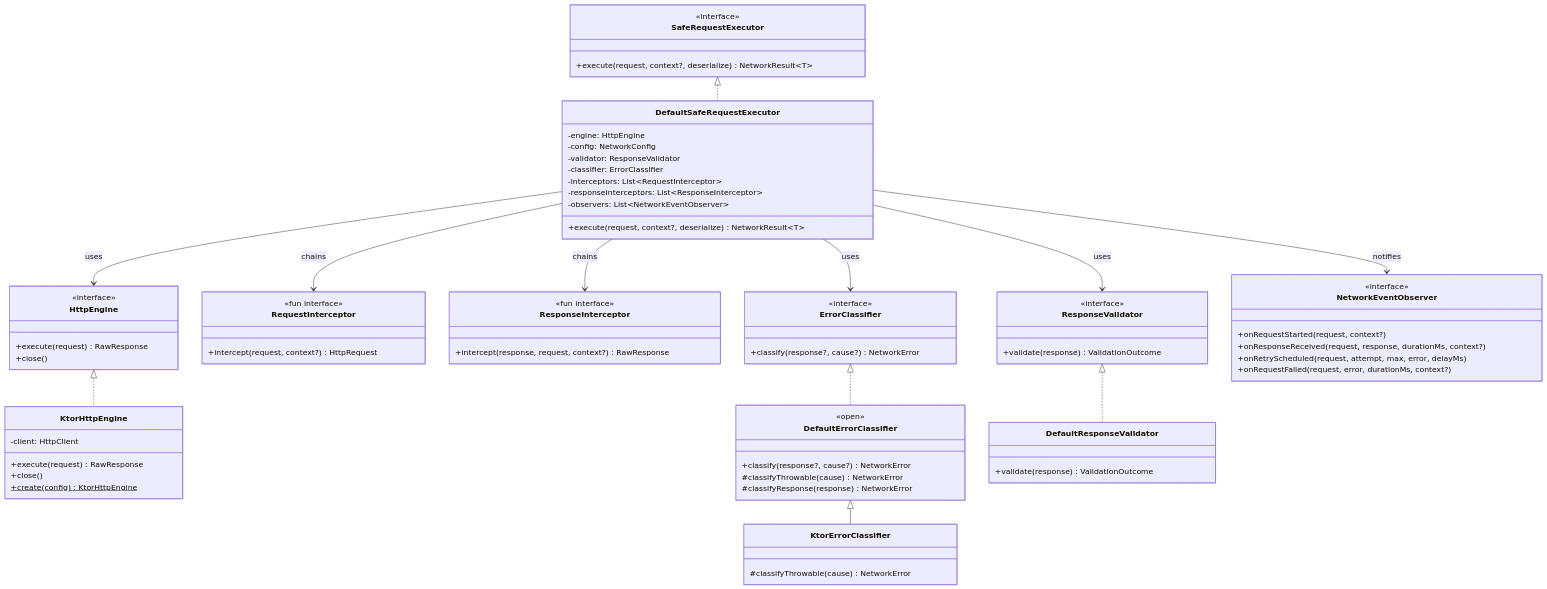
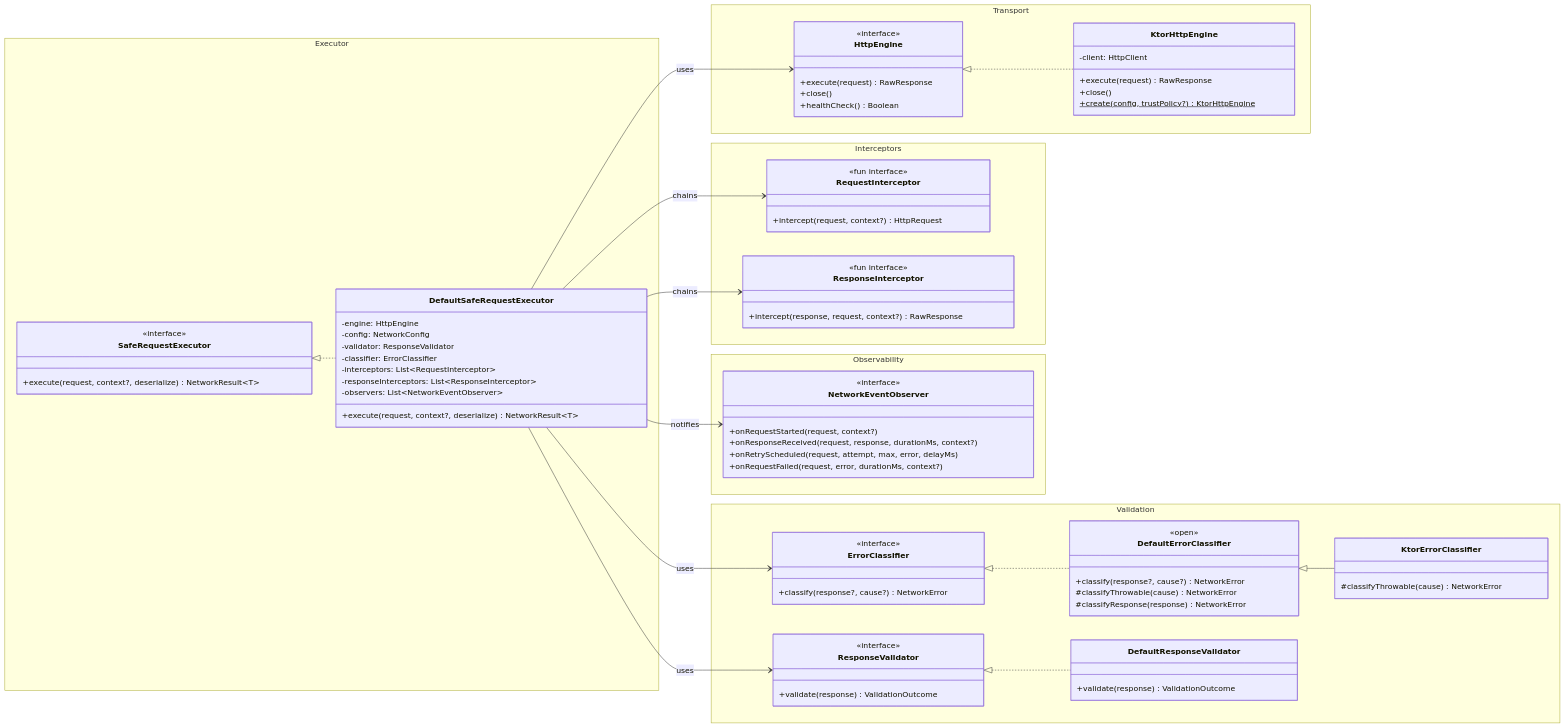
The first of 4 diagrams in docs/diagrams/05-contract-relationships.md (DanCrRdz93/core-data-platform), drawn with Mermaid before and after one commit. The commit also changed other lines of this file and 8 other files, not shown here.

Commit message:
update diagrams

````diff
--- a/docs/diagrams/05-contract-relationships.md
+++ b/docs/diagrams/05-contract-relationships.md
@@ -12,77 +12,88 @@
 ```mermaid
 classDiagram
-    direction TB
+    direction LR
 
-    class SafeRequestExecutor {
-        <<interface>>
-        +execute(request, context?, deserialize) NetworkResult~T~
+    namespace Executor {
+        class SafeRequestExecutor {
+            <<interface>>
+            +execute(request, context?, deserialize) NetworkResult~T~
+        }
+
+        class DefaultSafeRequestExecutor {
+            -engine: HttpEngine
+            -config: NetworkConfig
+            -validator: ResponseValidator
+            -classifier: ErrorClassifier
+            -interceptors: List~RequestInterceptor~
+            -responseInterceptors: List~ResponseInterceptor~
+            -observers: List~NetworkEventObserver~
+            +execute(request, context?, deserialize) NetworkResult~T~
+        }
     }
 
-    class DefaultSafeRequestExecutor {
-        -engine: HttpEngine
-        -config: NetworkConfig
-        -validator: ResponseValidator
-        -classifier: ErrorClassifier
-        -interceptors: List~RequestInterceptor~
-        -responseInterceptors: List~ResponseInterceptor~
-        -observers: List~NetworkEventObserver~
-        +execute(request, context?, deserialize) NetworkResult~T~
+    namespace Transport {
+        class HttpEngine {
+            <<interface>>
+            +execute(request) RawResponse
+            +close()
+            +healthCheck() Boolean
+        }
+
+        class KtorHttpEngine {
+            -client: HttpClient
+            +execute(request) RawResponse
+            +close()
+            +create(config, trustPolicy?)$ KtorHttpEngine
+        }
     }
 
-    class HttpEngine {
-        <<interface>>
-        +execute(request) RawResponse
-        +close()
+    namespace Interceptors {
+        class RequestInterceptor {
+            <<fun interface>>
+            +intercept(request, context?) HttpRequest
+        }
+
+        class ResponseInterceptor {
+            <<fun interface>>
+            +intercept(response, request, context?) RawResponse
+        }
     }
 
-    class KtorHttpEngine {
-        -client: HttpClient
-        +execute(request) RawResponse
-        +close()
-        +create(config)$ KtorHttpEngine
+    namespace Validation {
+        class ErrorClassifier {
+            <<interface>>
+            +classify(response?, cause?) NetworkError
+        }
+
+        class DefaultErrorClassifier {
+            <<open>>
+            +classify(response?, cause?) NetworkError
+            #classifyThrowable(cause) NetworkError
+            #classifyResponse(response) NetworkError
+        }
+
+        class KtorErrorClassifier {
+            #classifyThrowable(cause) NetworkError
+        }
+
+        class ResponseValidator {
+            <<interface>>
+            +validate(response) ValidationOutcome
+        }
+
+        class DefaultResponseValidator {
+            +validate(response) ValidationOutcome
+        }
     }
 
-    class RequestInterceptor {
-        <<fun interface>>
-        +intercept(request, context?) HttpRequest
-    }
-
-    class ResponseInterceptor {
-        <<fun interface>>
-        +intercept(response, request, context?) RawResponse
-    }
-
-    class ErrorClassifier {
-        <<interface>>
-        +classify(response?, cause?) NetworkError
-    }
-
-    class DefaultErrorClassifier {
-        <<open>>
-        +classify(response?, cause?) NetworkError
-        #classifyThrowable(cause) NetworkError
-        #classifyResponse(response) NetworkError
-    }
-
-    class KtorErrorClassifier {
-        #classifyThrowable(cause) NetworkError
-    }
-
-    class ResponseValidator {
-        <<interface>>
-        +validate(response) ValidationOutcome
-    }
-
-    class DefaultResponseValidator {
-        +validate(response) ValidationOutcome
-    }
-
-    class NetworkEventObserver {
-        <<interface>>
-        +onRequestStarted(request, context?)
-        +onResponseReceived(request, response, durationMs, context?)
-        +onRetryScheduled(request, attempt, max, error, delayMs)
-        +onRequestFailed(request, error, durationMs, context?)
+    namespace Observability {
+        class NetworkEventObserver {
+            <<interface>>
+            +onRequestStarted(request, context?)
+            +onResponseReceived(request, response, durationMs, context?)
+            +onRetryScheduled(request, attempt, max, error, delayMs)
+            +onRequestFailed(request, error, durationMs, context?)
+        }
     }
 
     SafeRequestExecutor <|.. DefaultSafeRequestExecutor
````
